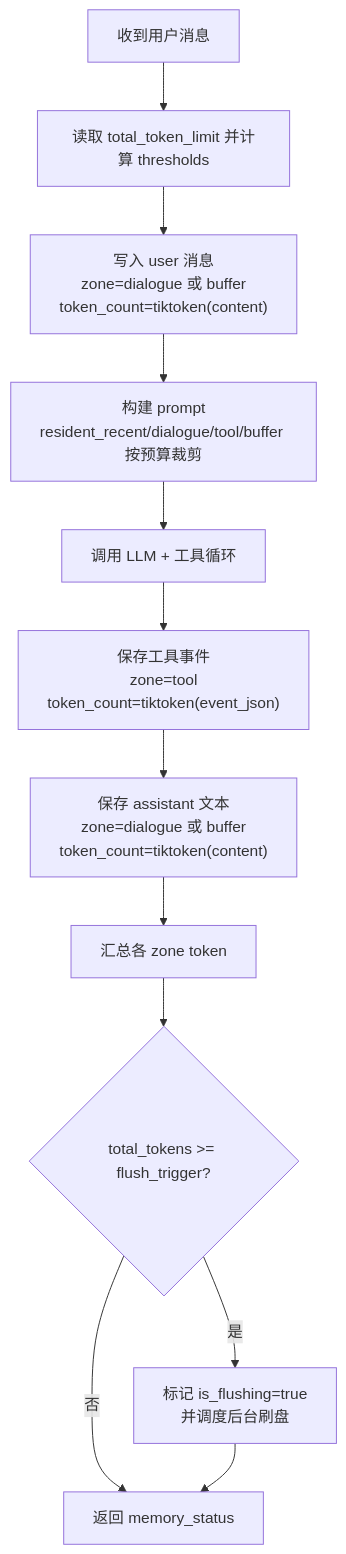
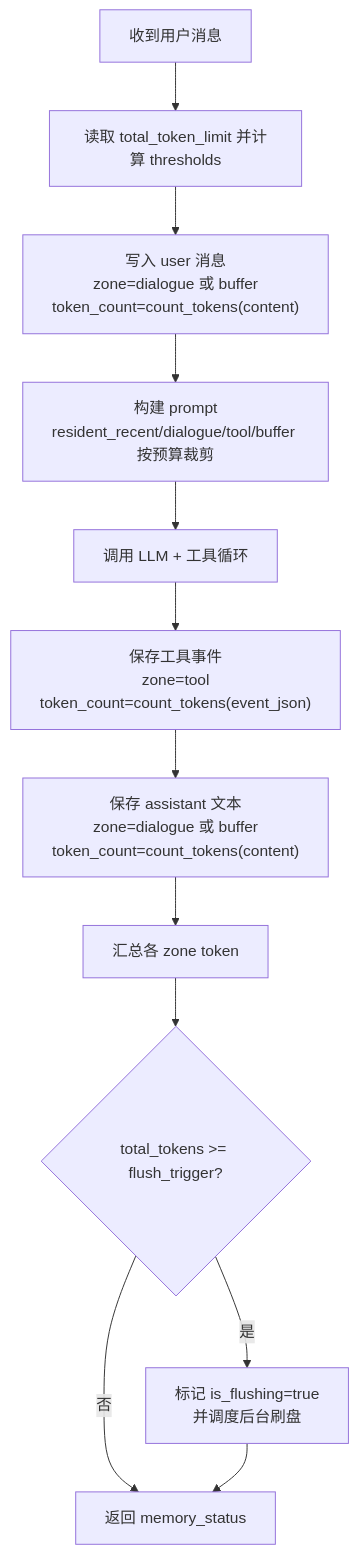
The second of 4 diagrams in docs/token_calculation.md (tamakara/agent-demo), drawn with Mermaid before and after one commit. The commit also changed other lines of this file and 16 other files, not shown here.

````diff
--- a/docs/token_calculation.md
+++ b/docs/token_calculation.md
@@ -87,14 +87,14 @@
 ```mermaid
 flowchart TD
     A["收到用户消息"] --> B["读取 total_token_limit 并计算 thresholds"]
-    B --> C["写入 user 消息<br/>zone=dialogue 或 buffer<br/>token_count=tiktoken(content)"]
+    B --> C["写入 user 消息<br/>zone=dialogue 或 buffer<br/>token_count=count_tokens(content)"]
     C --> D["构建 prompt<br/>resident_recent/dialogue/tool/buffer 按预算裁剪"]
     D --> E["调用 LLM + 工具循环"]
-    E --> F["保存工具事件<br/>zone=tool<br/>token_count=tiktoken(event_json)"]
-    F --> G["保存 assistant 文本<br/>zone=dialogue 或 buffer<br/>token_count=tiktoken(content)"]
+    E --> F["保存工具事件<br/>zone=tool<br/>token_count=count_tokens(event_json)"]
+    F --> G["保存 assistant 文本<br/>zone=dialogue 或 buffer<br/>token_count=count_tokens(content)"]
     G --> H["汇总各 zone token"]
     H --> I{total_tokens >= flush_trigger?}
     I -- 否 --> J["返回 memory_status"]
     I -- 是 --> K["标记 is_flushing=true<br/>并调度后台刷盘"]
     K --> J
 ```
````
